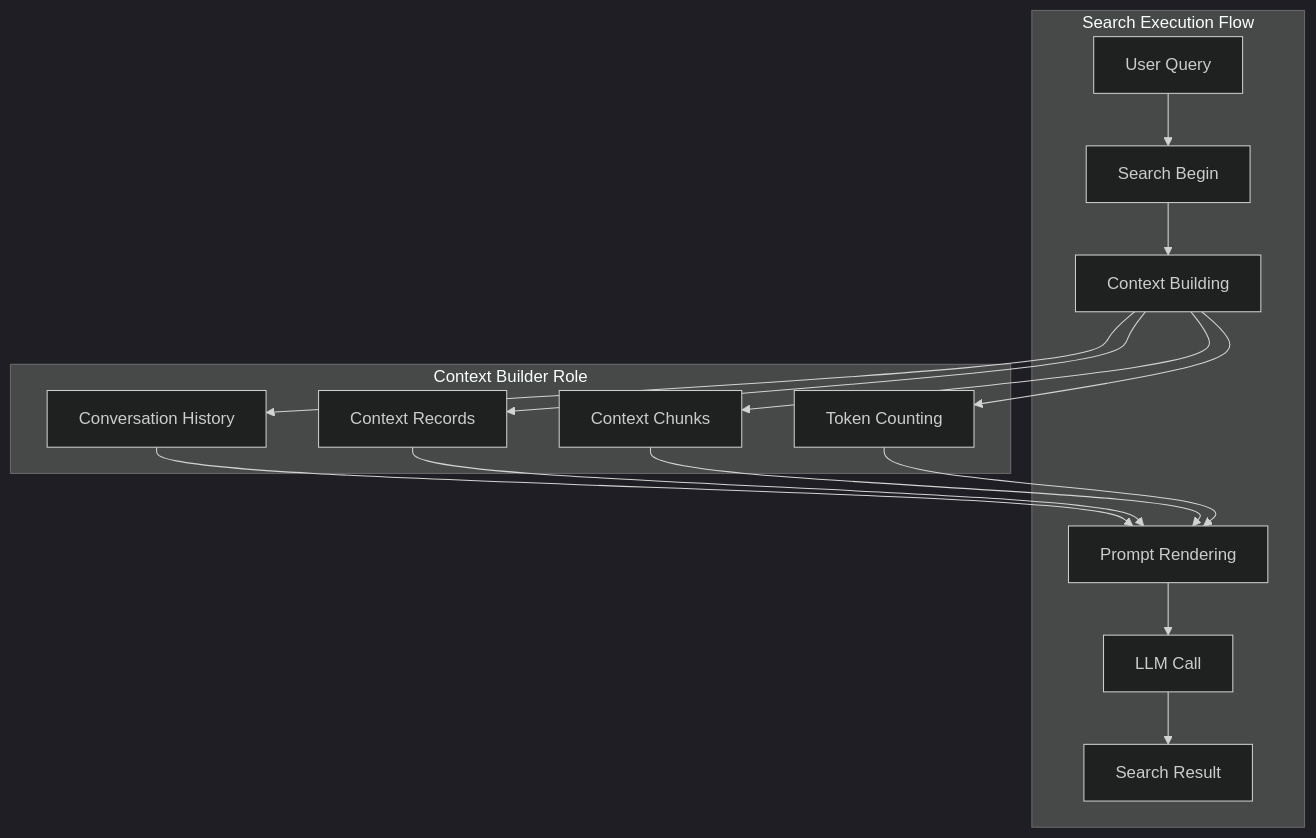
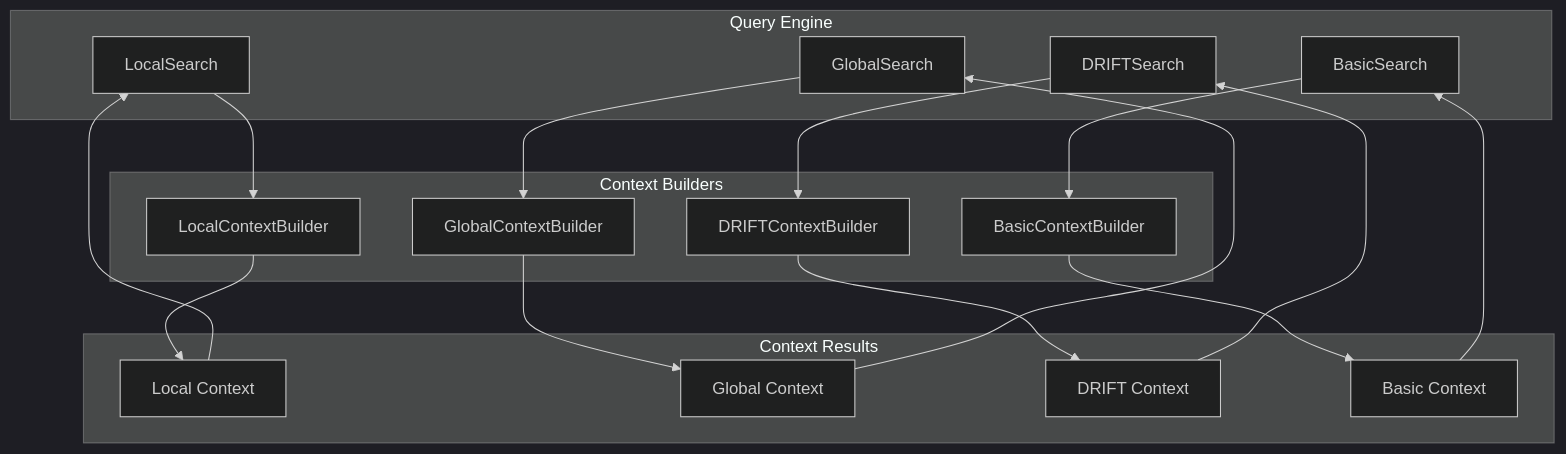
Before and after one commit to FSoft-AI4Code/codewiki-demo: the fourth of 5 diagrams in docs/microsoft--graphrag-docs/context_builder.md, drawn with Mermaid (dark theme). The commit also changed other lines of this file and 1103 other files, not shown here.

````diff
--- a/docs/microsoft--graphrag-docs/context_builder.md
+++ b/docs/microsoft--graphrag-docs/context_builder.md
@@ -236,33 +181,38 @@
 ```mermaid
 graph TB
-    subgraph "Search Execution Flow"
-        Q[User Query]
-        SB[Search Begin]
-        CB[Context Building]
-        PR[Prompt Rendering]
-        LLM[LLM Call]
-        SR[Search Result]
+    subgraph "Query Engine"
+        LS[LocalSearch]
+        GS[GlobalSearch]
+        DS[DRIFTSearch]
+        BS[BasicSearch]
     end
     
-    subgraph "Context Builder Role"
-        CH[Conversation History]
-        CR[Context Records]
-        CC[Context Chunks]
-        CT[Token Counting]
+    subgraph "Context Builders"
+        LCB[LocalContextBuilder]
+        GCB[GlobalContextBuilder]
+        DCB[DRIFTContextBuilder]
+        BCB[BasicContextBuilder]
     end
     
-    Q --> SB
-    SB --> CB
-    CB --> CH
-    CB --> CR
-    CB --> CC
-    CB --> CT
+    subgraph "Context Results"
+        LCR[Local Context]
+        GCR[Global Context]
+        DCR[DRIFT Context]
+        BCR[Basic Context]
+    end
     
-    CH --> PR
-    CR --> PR
-    CC --> PR
-    CT --> PR
+    LS --> LCB
+    GS --> GCB
+    DS --> DCB
+    BS --> BCB
     
-    PR --> LLM
-    LLM --> SR
+    LCB --> LCR
+    GCB --> GCR
+    DCB --> DCR
+    BCB --> BCR
+    
+    LCR --> LS
+    GCR --> GS
+    DCR --> DS
+    BCR --> BS
 ```
````
